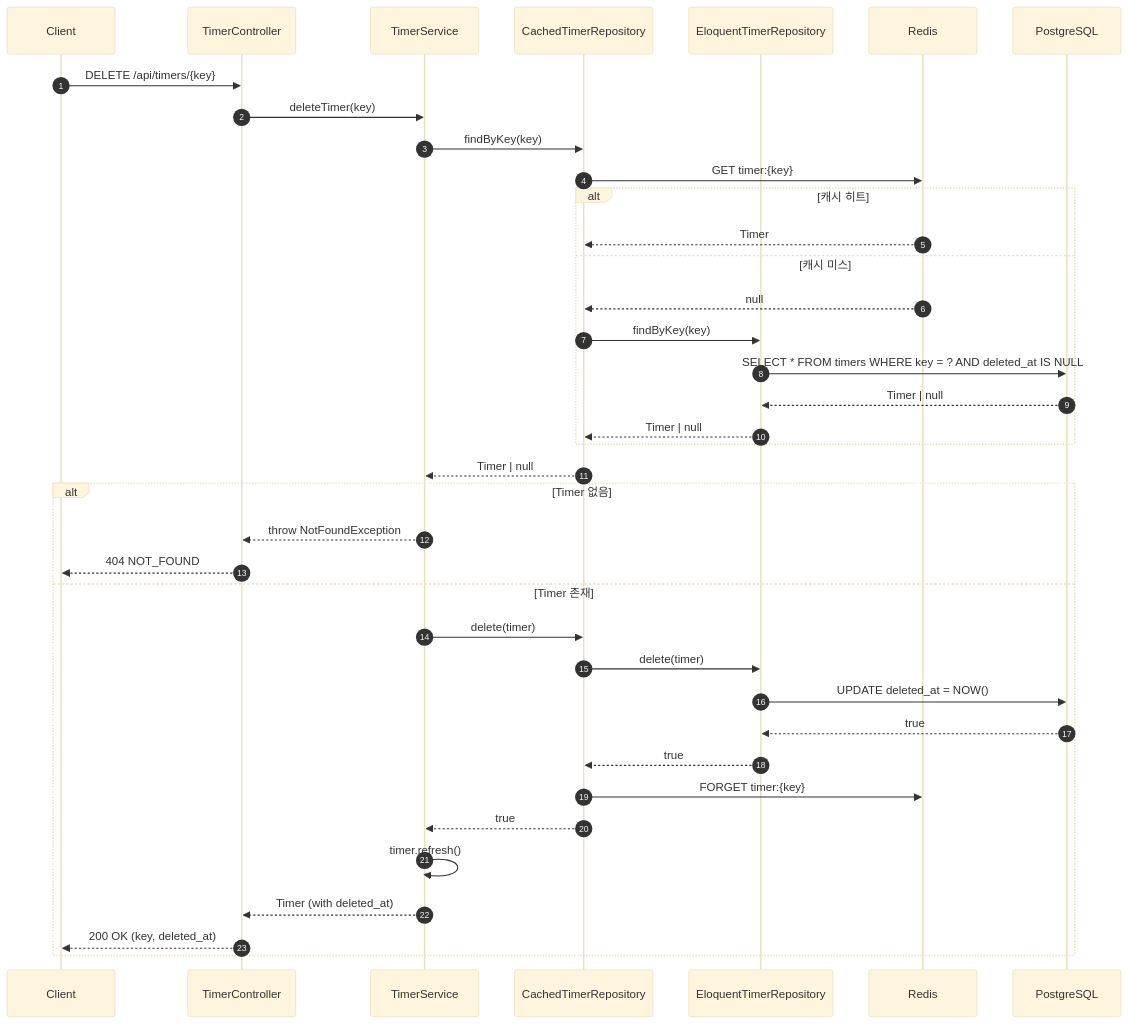
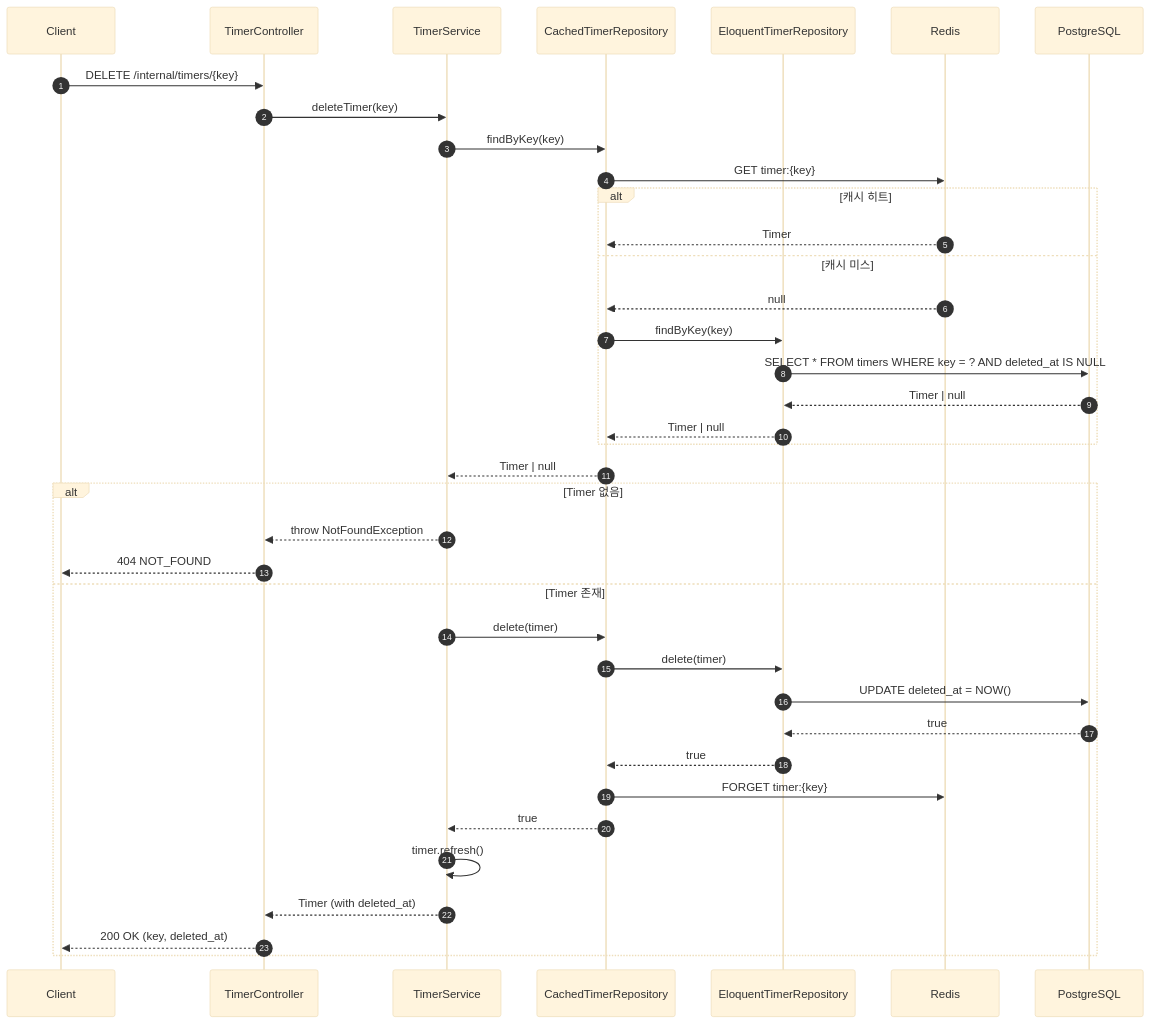
The third of 3 diagrams in docs/TIMER.md (shaul1991/toy-core-system), drawn with Mermaid (base theme) before and after one commit. The commit also changed other lines of this file and 7 other files, not shown here.

````diff
--- a/docs/TIMER.md
+++ b/docs/TIMER.md
@@ -271,44 +271,44 @@
 ```mermaid
 sequenceDiagram
     autonumber
     participant Client
     participant Controller as TimerController
     participant Service as TimerService
     participant CacheRepo as CachedTimerRepository
     participant EloquentRepo as EloquentTimerRepository
     participant Redis
     participant DB as PostgreSQL
 
-    Client->>Controller: DELETE /api/timers/{key}
+    Client->>Controller: DELETE /internal/timers/{key}
     Controller->>Service: deleteTimer(key)
     Service->>CacheRepo: findByKey(key)
 
     CacheRepo->>Redis: GET timer:{key}
     alt 캐시 히트
         Redis-->>CacheRepo: Timer
     else 캐시 미스
         Redis-->>CacheRepo: null
         CacheRepo->>EloquentRepo: findByKey(key)
         EloquentRepo->>DB: SELECT * FROM timers WHERE key = ? AND deleted_at IS NULL
         DB-->>EloquentRepo: Timer | null
         EloquentRepo-->>CacheRepo: Timer | null
     end
     CacheRepo-->>Service: Timer | null
 
     alt Timer 없음
         Service-->>Controller: throw NotFoundException
         Controller-->>Client: 404 NOT_FOUND
     else Timer 존재
         Service->>CacheRepo: delete(timer)
         CacheRepo->>EloquentRepo: delete(timer)
         EloquentRepo->>DB: UPDATE deleted_at = NOW()
         DB-->>EloquentRepo: true
         EloquentRepo-->>CacheRepo: true
         CacheRepo->>Redis: FORGET timer:{key}
         CacheRepo-->>Service: true
 
         Service->>Service: timer.refresh()
         Service-->>Controller: Timer (with deleted_at)
         Controller-->>Client: 200 OK (key, deleted_at)
     end
 ```
````
